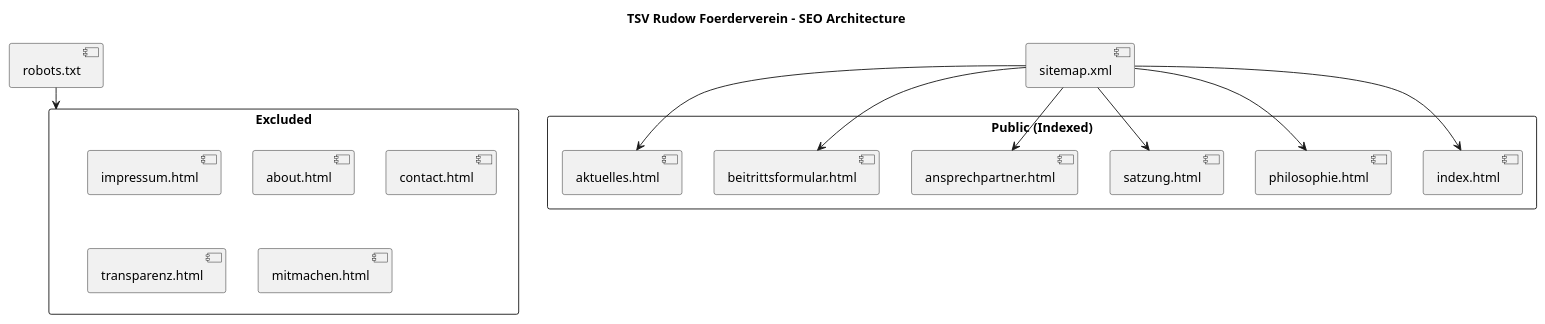
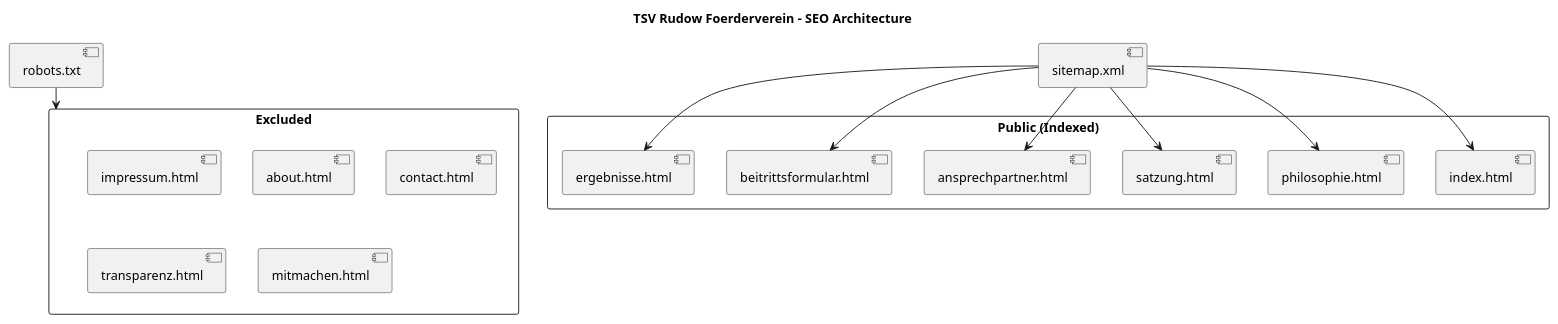
One commit to iosan/tsv_rudow_fv changed the diagram in docs/diagrams/seo-architecture.puml. Above: the diagram before and after it, drawn with PlantUML. The commit also changed 46 other files, not shown here.

```diff
--- a/docs/diagrams/seo-architecture.puml
+++ b/docs/diagrams/seo-architecture.puml
@@ -1,30 +1,30 @@
 @startuml
 skinparam backgroundColor transparent
 title TSV Rudow Foerderverein - SEO Architecture
 
 rectangle "Public (Indexed)" {
   [index.html]
   [philosophie.html]
   [satzung.html]
   [ansprechpartner.html]
   [beitrittsformular.html]
-  [aktuelles.html]
+  [ergebnisse.html]
 }
 
 rectangle "Excluded" {
   [impressum.html]
   [about.html]
   [contact.html]
   [transparenz.html]
   [mitmachen.html]
 }
 
 [sitemap.xml] --> [index.html]
 [sitemap.xml] --> [philosophie.html]
 [sitemap.xml] --> [satzung.html]
 [sitemap.xml] --> [ansprechpartner.html]
 [sitemap.xml] --> [beitrittsformular.html]
-[sitemap.xml] --> [aktuelles.html]
+[sitemap.xml] --> [ergebnisse.html]
 
 [robots.txt] --> [Excluded]
 @enduml
```
